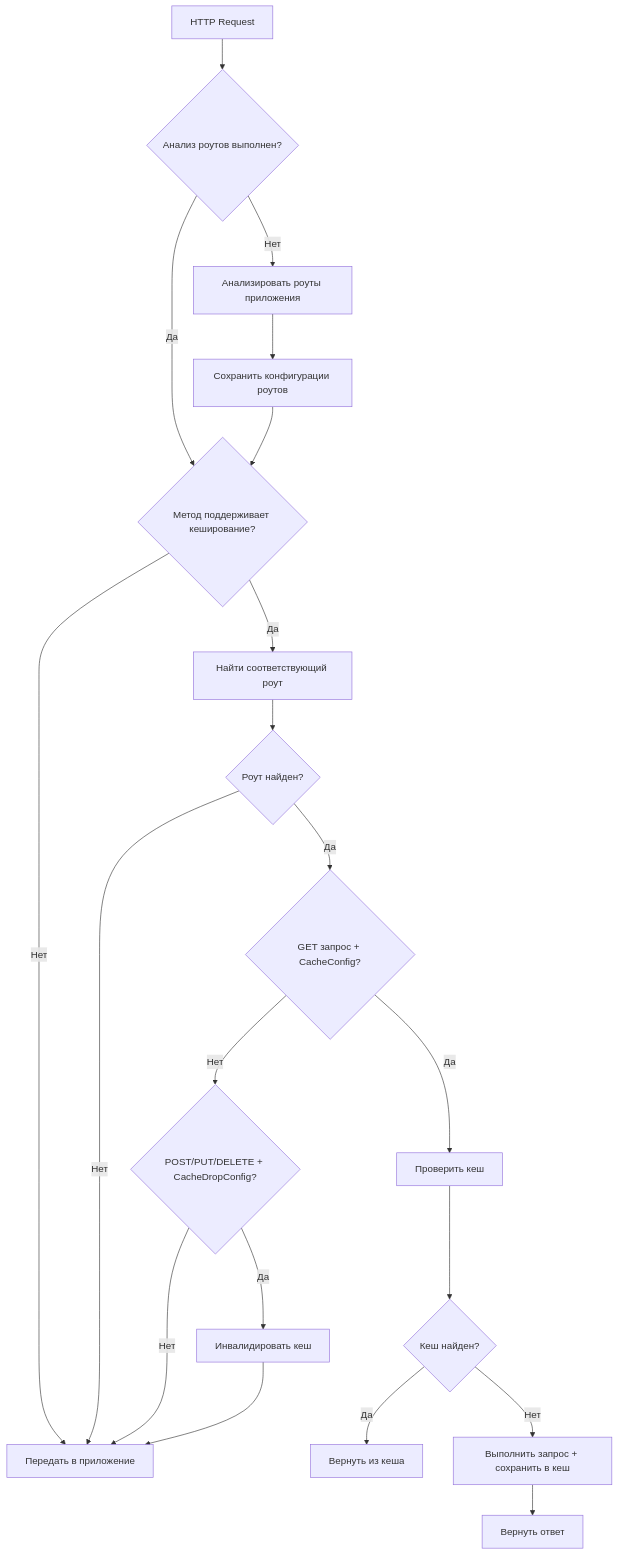
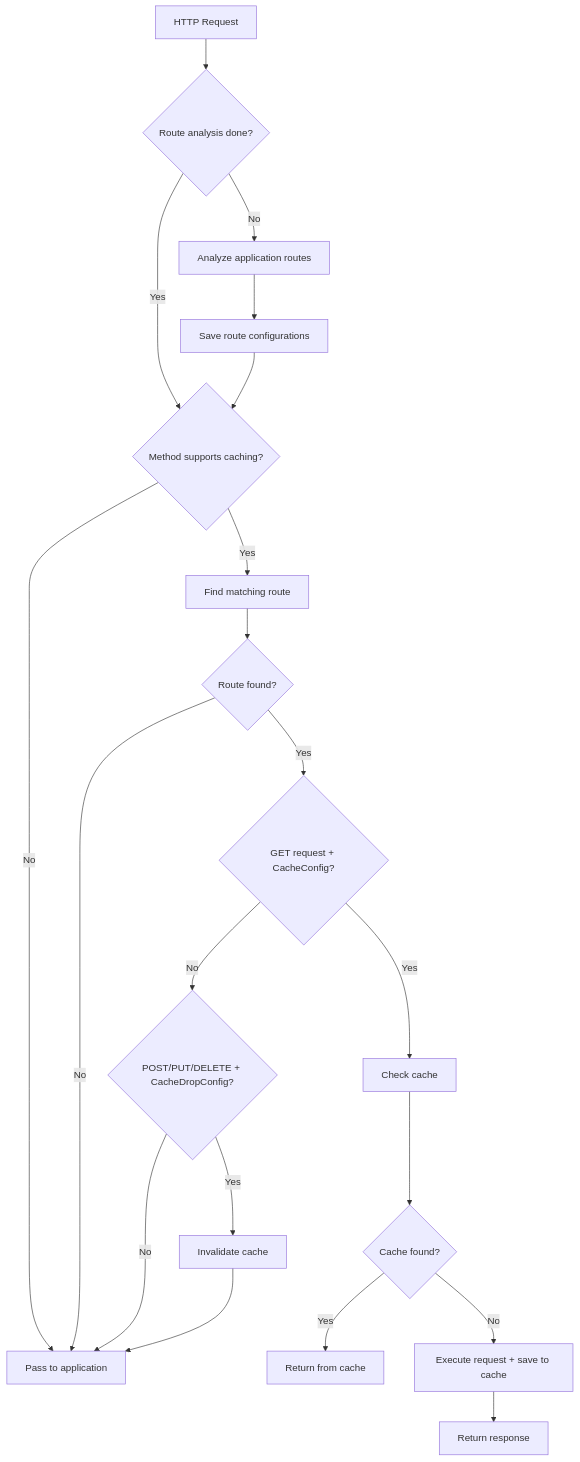
Before and after one commit to chud0/FastCacheMiddleware: the diagram in README.md, drawn with Mermaid. The commit also changed other lines of this file and 1 other file, not shown here.

````diff
--- a/README.md
+++ b/README.md
@@ -148,22 +139,22 @@
 ```mermaid
 graph TD
-    A[HTTP Request] --> B{Анализ роутов выполнен?}
-    B -->|Нет| C[Анализировать роуты приложения]
-    C --> D[Сохранить конфигурации роутов]
-    B -->|Да| E{Метод поддерживает кеширование?}
+    A[HTTP Request] --> B{Route analysis done?}
+    B -->|No| C[Analyze application routes]
+    C --> D[Save route configurations]
+    B -->|Yes| E{Method supports caching?}
     D --> E
-    E -->|Нет| F[Передать в приложение]
-    E -->|Да| G[Найти соответствующий роут]
-    G --> H{Роут найден?}
-    H -->|Нет| F
-    H -->|Да| I{GET запрос + CacheConfig?}
-    I -->|Да| J[Проверить кеш]
-    J --> K{Кеш найден?}
-    K -->|Да| L[Вернуть из кеша]
-    K -->|Нет| M[Выполнить запрос + сохранить в кеш]
-    I -->|Нет| N{POST/PUT/DELETE + CacheDropConfig?}
-    N -->|Да| O[Инвалидировать кеш]
-    N -->|Нет| F
+    E -->|No| F[Pass to application]
+    E -->|Yes| G[Find matching route]
+    G --> H{Route found?}
+    H -->|No| F
+    H -->|Yes| I{GET request + CacheConfig?}
+    I -->|Yes| J[Check cache]
+    J --> K{Cache found?}
+    K -->|Yes| L[Return from cache]
+    K -->|No| M[Execute request + save to cache]
+    I -->|No| N{POST/PUT/DELETE + CacheDropConfig?}
+    N -->|Yes| O[Invalidate cache]
+    N -->|No| F
     O --> F
-    M --> P[Вернуть ответ]
+    M --> P[Return response]
 ```
````
